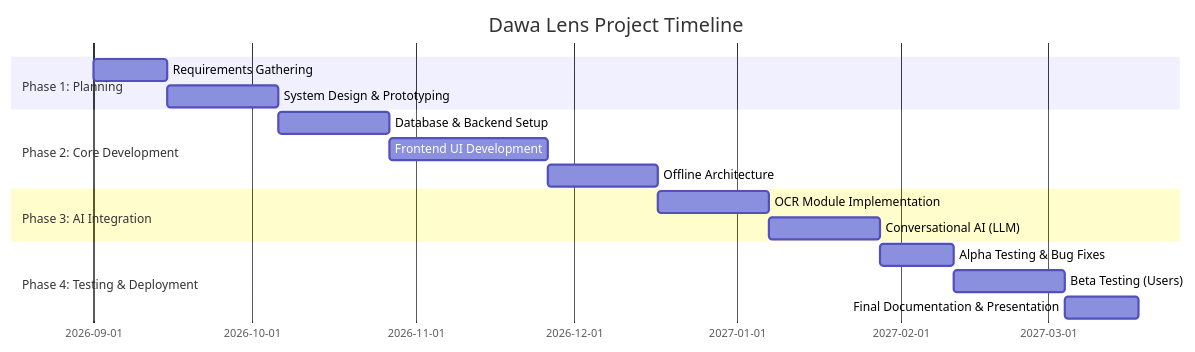
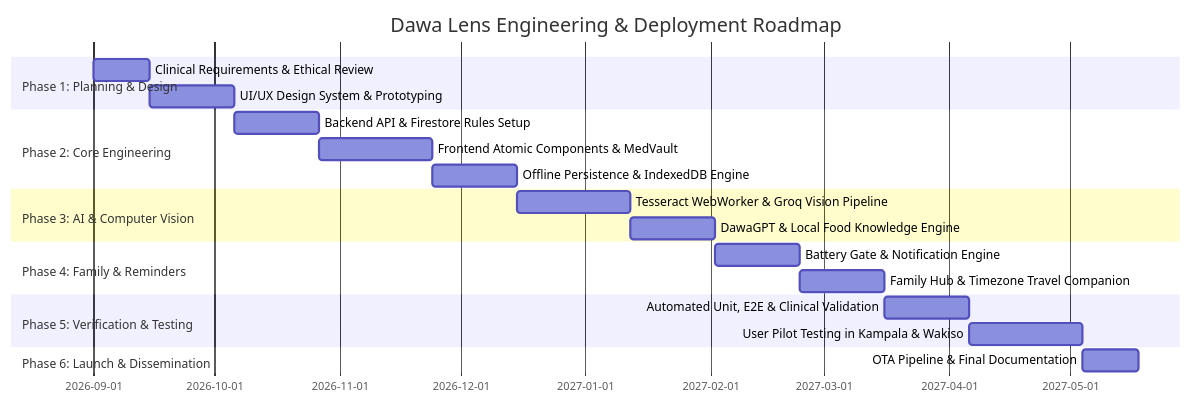
One commit to EmmahOwens/dawa-lens changed the fifth of 5 diagrams in project_proposal.md. Above: the diagram before and after it, drawn with Mermaid. The commit also changed other lines of this file and 8 other files, not shown here.

Commit message:
chore: update graphify manifest and cache to reflect recent project changes

````diff
--- a/project_proposal.md
+++ b/project_proposal.md
@@ -193,19 +587,23 @@
 ```mermaid
 gantt
-    title Dawa Lens Project Timeline
+    title Dawa Lens Engineering & Deployment Roadmap
     dateFormat  YYYY-MM-DD
-    section Phase 1: Planning
-    Requirements Gathering   :a1, 2026-09-01, 14d
-    System Design & Prototyping :a2, after a1, 21d
-    section Phase 2: Core Development
-    Database & Backend Setup :b1, after a2, 21d
-    Frontend UI Development  :b2, after b1, 30d
-    Offline Architecture     :b3, after b2, 21d
-    section Phase 3: AI Integration
-    OCR Module Implementation:c1, after b3, 21d
-    Conversational AI (LLM)  :c2, after c1, 21d
-    section Phase 4: Testing & Deployment
-    Alpha Testing & Bug Fixes:d1, after c2, 14d
-    Beta Testing (Users)     :d2, after d1, 21d
-    Final Documentation & Presentation:d3, after d2, 14d
+    section Phase 1: Planning & Design
+    Clinical Requirements & Ethical Review   :p1_1, 2026-09-01, 14d
+    UI/UX Design System & Prototyping        :p1_2, after p1_1, 21d
+    section Phase 2: Core Engineering
+    Backend API & Firestore Rules Setup      :p2_1, after p1_2, 21d
+    Frontend Atomic Components & MedVault    :p2_2, after p2_1, 28d
+    Offline Persistence & IndexedDB Engine   :p2_3, after p2_2, 21d
+    section Phase 3: AI & Computer Vision
+    Tesseract WebWorker & Groq Vision Pipeline:p3_1, after p2_3, 28d
+    DawaGPT & Local Food Knowledge Engine    :p3_2, after p3_1, 21d
+    section Phase 4: Family & Reminders
+    Battery Gate & Notification Engine       :p4_1, after p3_2, 21d
+    Family Hub & Timezone Travel Companion   :p4_2, after p4_1, 21d
+    section Phase 5: Verification & Testing
+    Automated Unit, E2E & Clinical Validation:p5_1, after p4_2, 21d
+    User Pilot Testing in Kampala & Wakiso   :p5_2, after p5_1, 28d
+    section Phase 6: Launch & Dissemination
+    OTA Pipeline & Final Documentation       :p6_1, after p5_2, 14d
 ```
````
